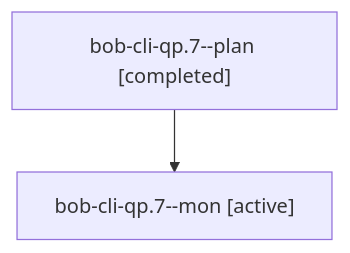
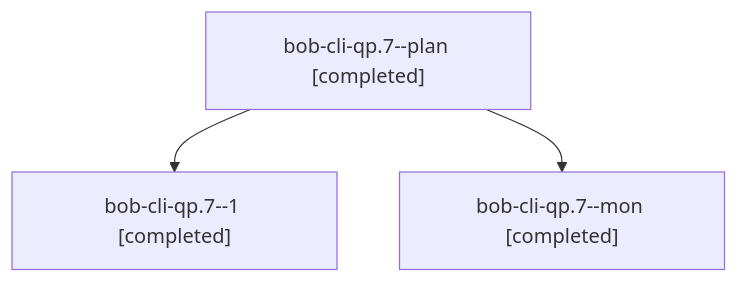
One commit to bobs-org/bob-cli--agents changed the diagram in sessions/bbugyi200.apollo.bob-cli-qp.7.md. Above: the diagram before and after it, drawn with Mermaid. The commit also changed other lines of this file and 30 other files, not shown here.

````diff
--- a/sessions/bbugyi200.apollo.bob-cli-qp.7.md
+++ b/sessions/bbugyi200.apollo.bob-cli-qp.7.md
@@ -9,6 +9,8 @@
 ```mermaid
 flowchart TD
   n0["bob-cli-qp.7--plan [completed]"]
-  n1["bob-cli-qp.7--mon [active]"]
+  n1["bob-cli-qp.7--1 [completed]"]
   n0 --> n1
+  n2["bob-cli-qp.7--mon [completed]"]
+  n0 --> n2
 ```
````
